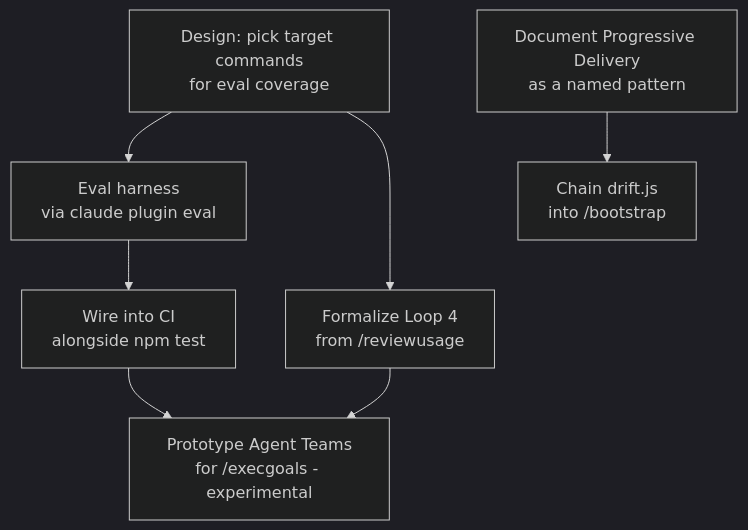
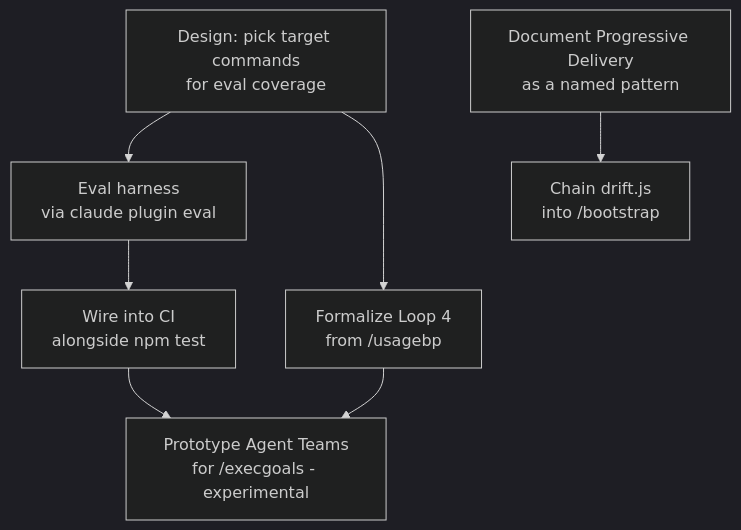
The second of 2 diagrams in GOALS.md (alexmiguel011014-stack/base_project), drawn with Mermaid (dark theme) before and after one commit. The commit also changed other lines of this file and 45 other files, not shown here.

````diff
--- a/GOALS.md
+++ b/GOALS.md
@@ -22,9 +257,9 @@
 ```mermaid
 flowchart TD
     Design[Design: pick target commands\nfor eval coverage] --> Eval[Eval harness\nvia claude plugin eval]
-    Design --> Loop4[Formalize Loop 4\nfrom /reviewusage]
+    Design --> Loop4[Formalize Loop 4\nfrom /usagebp]
     Eval --> CI[Wire into CI\nalongside npm test]
     Progressive[Document Progressive Delivery\nas a named pattern] --> Drift[Chain drift.js\ninto /bootstrap]
     CI --> Teams[Prototype Agent Teams\nfor /execgoals - experimental]
     Loop4 --> Teams
 ```
````
